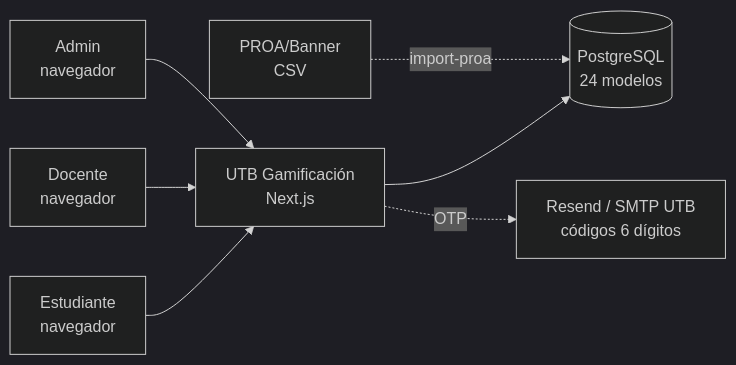
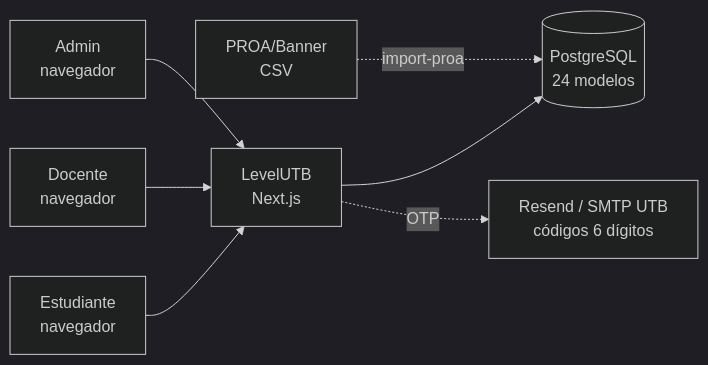
The first of 7 diagrams in docs/arc42.md (LuisFelipe634/LevelUTB), drawn with Mermaid (dark theme) before and after one commit. The commit also changed other lines of this file and 10 other files, not shown here.

Commit message:
refactor: rename project from UTB Gamificación to LevelUTB and update related configurations

````diff
--- a/docs/arc42.md
+++ b/docs/arc42.md
@@ -57,9 +57,9 @@
 ```mermaid
 flowchart LR
-    E[Estudiante\nnavegador] --> APP[UTB Gamificación\nNext.js]
+    E[Estudiante\nnavegador] --> APP[LevelUTB\nNext.js]
     D[Docente\nnavegador] --> APP
     A[Admin\nnavegador] --> APP
     APP --> PG[(PostgreSQL\n24 modelos)]
     APP -. OTP .-> MAIL[Resend / SMTP UTB\ncódigos 6 dígitos]
     PROA[PROA/Banner\nCSV] -. import-proa .-> PG
 ```
````
